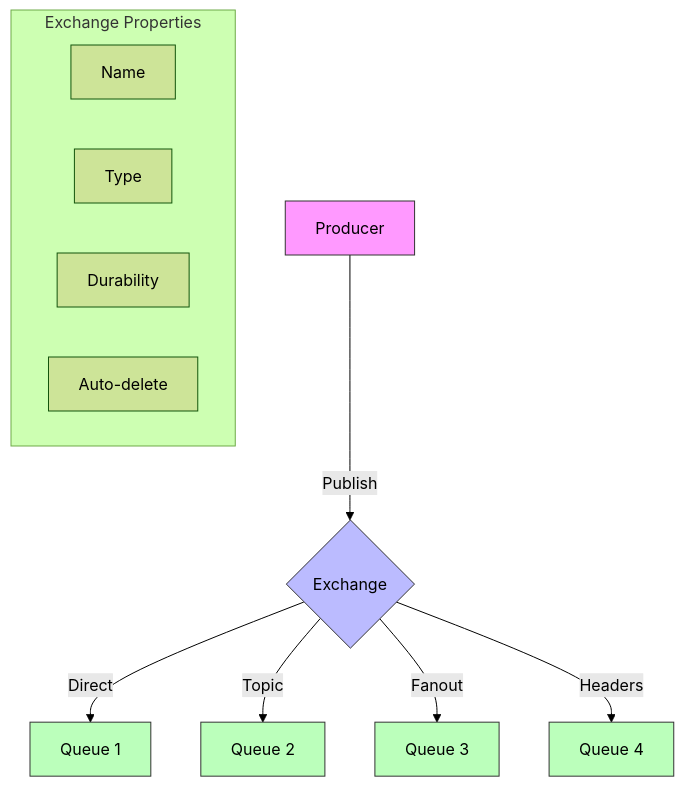
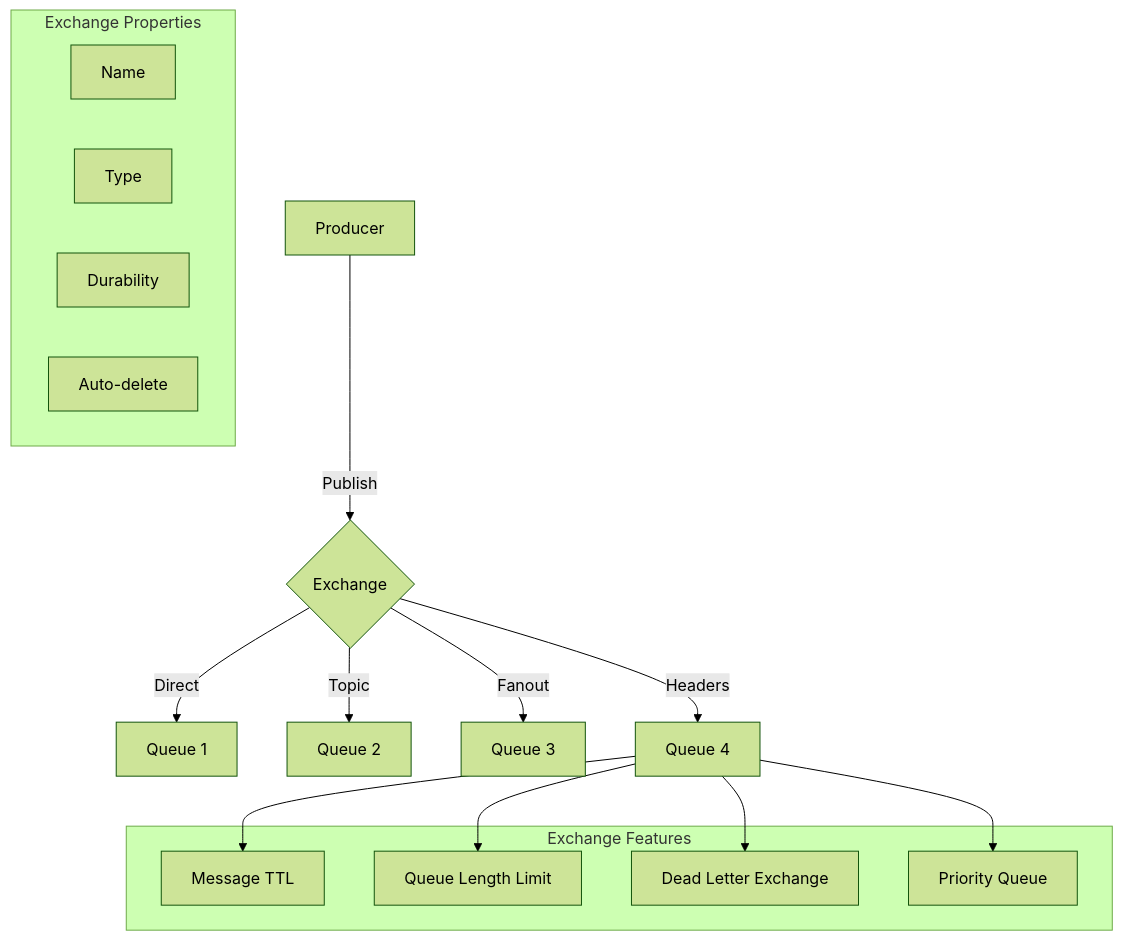
The ninth of 21 diagrams in rabbitmq.md (hdt12a1/message-broker-mastery), drawn with Mermaid (forest theme) before and after one commit. The commit also changed other lines of this file and 10 other files, not shown here.

````diff
--- a/rabbitmq.md
+++ b/rabbitmq.md
@@ -508,26 +508,27 @@
 ```mermaid
 graph TD
     P[Producer] -->|"Publish"| E{Exchange}
     E -->|"Direct"| Q1[Queue 1]
     E -->|"Topic"| Q2[Queue 2]
     E -->|"Fanout"| Q3[Queue 3]
     E -->|"Headers"| Q4[Queue 4]
     
     subgraph Exchange Properties
         EP1[Name]
         EP2[Type]
         EP3[Durability]
         EP4[Auto-delete]
     end
     
-    classDef producer fill:#f9f,stroke:#333;
-    classDef exchange fill:#bbf,stroke:#333;
-    classDef queue fill:#bfb,stroke:#333;
+    subgraph Exchange Features
+        F1[Message TTL]
+        F2[Queue Length Limit]
+        F3[Dead Letter Exchange]
+        F4[Priority Queue]
+    end
     
-    class P producer;
-    class E exchange;
-    class Q1 queue;
-    class Q2 queue;
-    class Q3 queue;
-    class Q4 queue;
+    Q4 --> F1
+    Q4 --> F2
+    Q4 --> F3
+    Q4 --> F4
 ```
````
